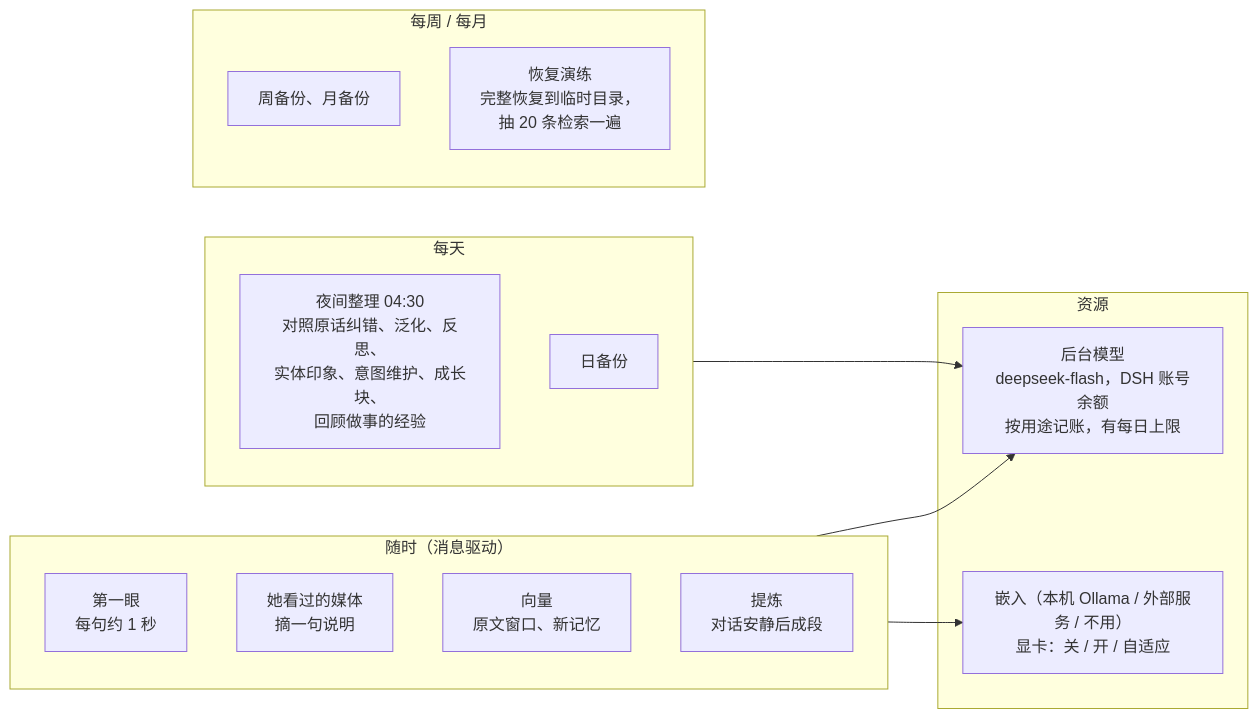
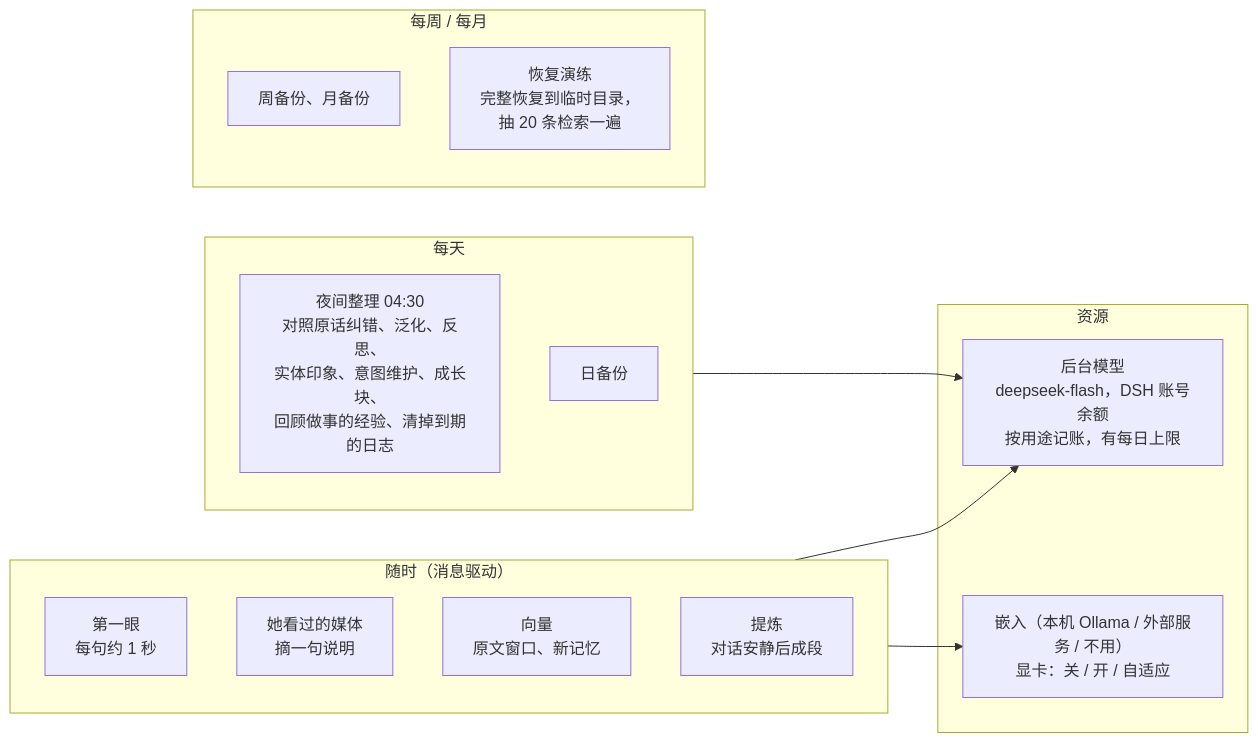
One commit to QiuYeDx/dsh-rugu changed the eighth of 9 diagrams in docs/图解.md. Above: the diagram before and after it, drawn with Mermaid. The commit also changed other lines of this file and 24 other files, not shown here.

````diff
--- a/docs/图解.md
+++ b/docs/图解.md
@@ -278,24 +278,24 @@
 ```mermaid
 flowchart LR
   subgraph RT["随时（消息驱动）"]
     a1["第一眼<br/>每句约 1 秒"]
     a2["她看过的媒体<br/>摘一句说明"]
     a3["向量<br/>原文窗口、新记忆"]
     a4["提炼<br/>对话安静后成段"]
   end
   subgraph DAY["每天"]
-    b1["夜间整理 04:30<br/>对照原话纠错、泛化、反思、<br/>实体印象、意图维护、成长块、<br/>回顾做事的经验"]
+    b1["夜间整理 04:30<br/>对照原话纠错、泛化、反思、<br/>实体印象、意图维护、成长块、<br/>回顾做事的经验、清掉到期的日志"]
     b2["日备份"]
   end
   subgraph WEEK["每周 / 每月"]
     c1["周备份、月备份"]
     c2["恢复演练<br/>完整恢复到临时目录，<br/>抽 20 条检索一遍"]
   end
   subgraph RES["资源"]
     r1["后台模型<br/>deepseek-flash，DSH 账号余额<br/>按用途记账，有每日上限"]
     r2["嵌入（本机 Ollama / 外部服务 / 不用）<br/>显卡：关 / 开 / 自适应"]
   end
   RT --> r1
   RT --> r2
   DAY --> r1
 ```
````
